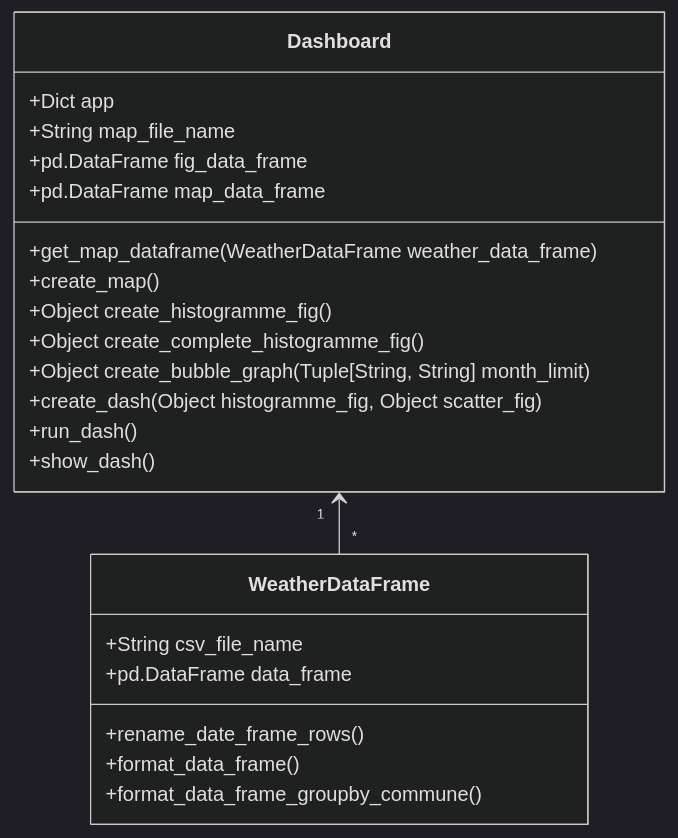
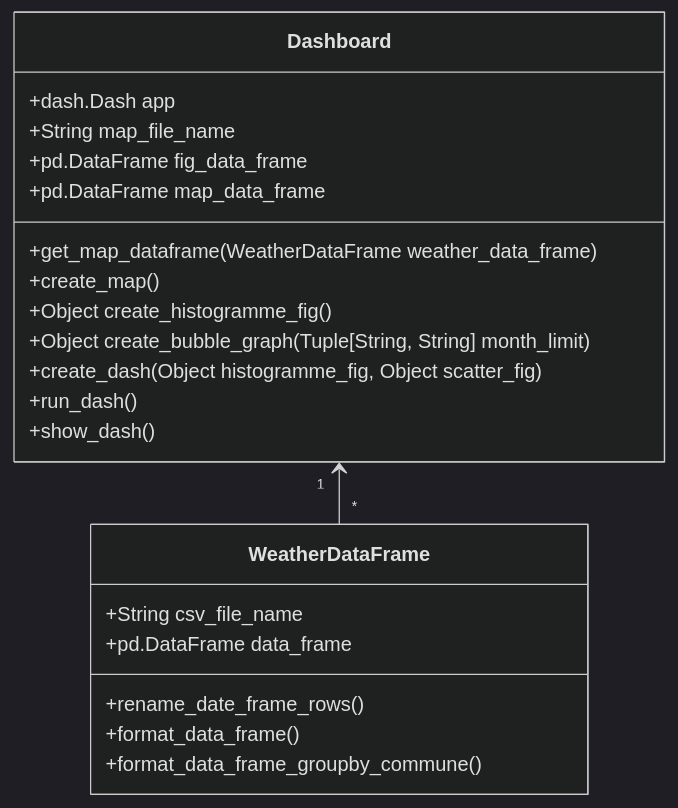
One commit to DaSilvaRemi/OpenDataProject changed the diagram in readme.md. Above: the diagram before and after it, drawn with Mermaid (dark theme). The commit also changed other lines of this file and 5 other files, not shown here.

````diff
--- a/readme.md
+++ b/readme.md
@@ -137,27 +138,26 @@
 ```mermaid
 classDiagram
     Dashboard "1" <-- "*" WeatherDataFrame
     
     class WeatherDataFrame {
         +String csv_file_name
         +pd.DataFrame data_frame
         +rename_date_frame_rows()
         +format_data_frame()
         +format_data_frame_groupby_commune()
     }
 
     class Dashboard {
-        +Dict app
+        +dash.Dash app
         +String map_file_name
         +pd.DataFrame fig_data_frame
         +pd.DataFrame map_data_frame
         +get_map_dataframe(WeatherDataFrame weather_data_frame)
         +create_map()
         +Object create_histogramme_fig()
-        +Object create_complete_histogramme_fig()
         +Object create_bubble_graph(Tuple[String, String] month_limit)
         +create_dash(Object histogramme_fig, Object scatter_fig)
         +run_dash()
         +show_dash()
     }
 ```
````
